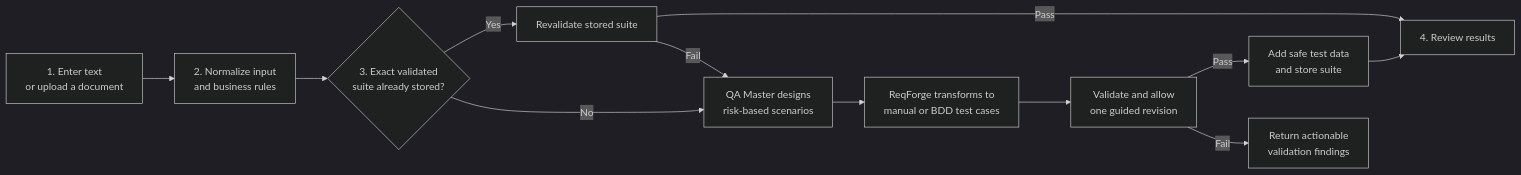
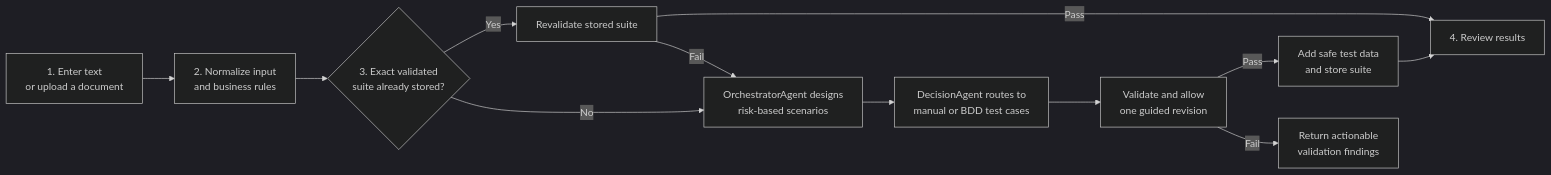
One commit to sasidhar265/TestPilotAI changed the first of 4 diagrams in README.md. Above: the diagram before and after it, drawn with Mermaid (dark theme). The commit also changed other lines of this file and 16 other files, not shown here.

````diff
--- a/README.md
+++ b/README.md
@@ -216,14 +216,14 @@
 ```mermaid
 flowchart LR
     A[1. Enter text<br/>or upload a document] --> B[2. Normalize input<br/>and business rules]
     B --> C{3. Exact validated<br/>suite already stored?}
     C -->|Yes| D[Revalidate stored suite]
-    C -->|No| E[QA Master designs<br/>risk-based scenarios]
-    E --> F[ReqForge transforms to<br/>manual or BDD test cases]
+    C -->|No| E[OrchestratorAgent designs<br/>risk-based scenarios]
+    E --> F[DecisionAgent routes to<br/>manual or BDD test cases]
     F --> G[Validate and allow<br/>one guided revision]
     G -->|Pass| H[Add safe test data<br/>and store suite]
     G -->|Fail| I[Return actionable<br/>validation findings]
     D -->|Pass| J[4. Review results]
     D -->|Fail| E
     H --> J
 ```
````
